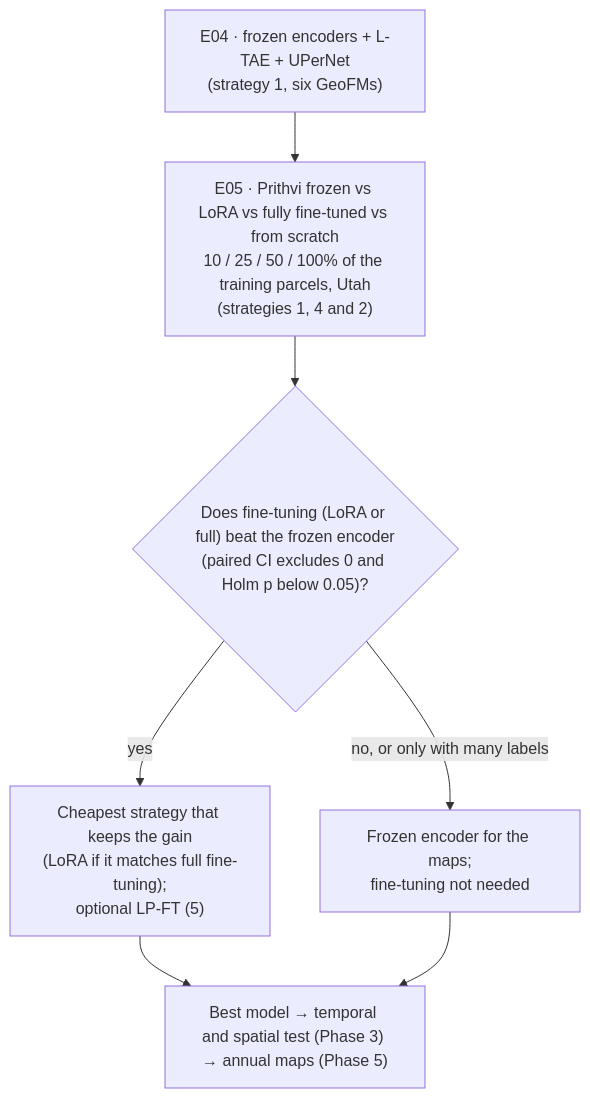
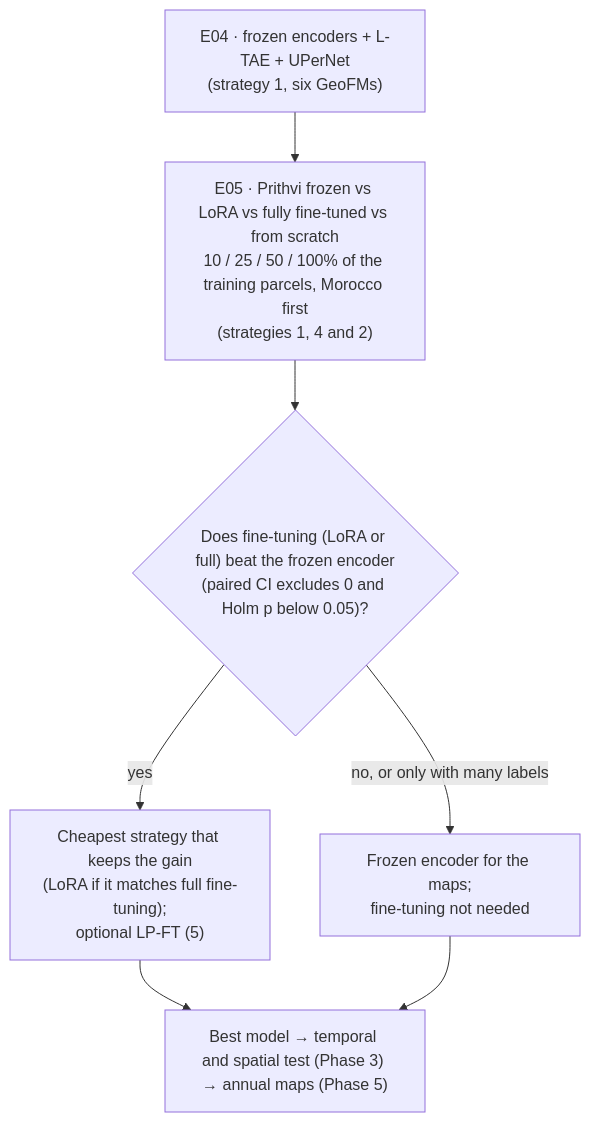
One commit to amanchry/irrimapping-geofm changed the diagram in docs/phase2_models/fine_tuning.md. Above: the diagram before and after it, drawn with Mermaid. The commit also changed other lines of this file and 179 other files, not shown here.

First line of the commit message:
Redesign experiments: two classes (irrigated, rainfed), no cropland mask, Morocco first

````diff
--- a/docs/phase2_models/fine_tuning.md
+++ b/docs/phase2_models/fine_tuning.md
@@ -110,9 +112,9 @@
 ```mermaid
 flowchart TD
-    A["E04 · frozen encoders + L-TAE + UPerNet<br/>(strategy 1, six GeoFMs)"] --> B["E05 · Prithvi frozen vs LoRA vs fully fine-tuned vs from scratch<br/>10 / 25 / 50 / 100% of the training parcels, Utah<br/>(strategies 1, 4 and 2)"]
+    A["E04 · frozen encoders + L-TAE + UPerNet<br/>(strategy 1, six GeoFMs)"] --> B["E05 · Prithvi frozen vs LoRA vs fully fine-tuned vs from scratch<br/>10 / 25 / 50 / 100% of the training parcels, Morocco first<br/>(strategies 1, 4 and 2)"]
     B --> C{"Does fine-tuning (LoRA or full) beat the frozen encoder<br/>(paired CI excludes 0 and Holm p below 0.05)?"}
     C -- "yes" --> D["Cheapest strategy that keeps the gain<br/>(LoRA if it matches full fine-tuning);<br/>optional LP-FT (5)"]
     C -- "no, or only with many labels" --> E["Frozen encoder for the maps;<br/>fine-tuning not needed"]
     D --> F["Best model → temporal and spatial test (Phase 3) → annual maps (Phase 5)"]
     E --> F
 ```
````
